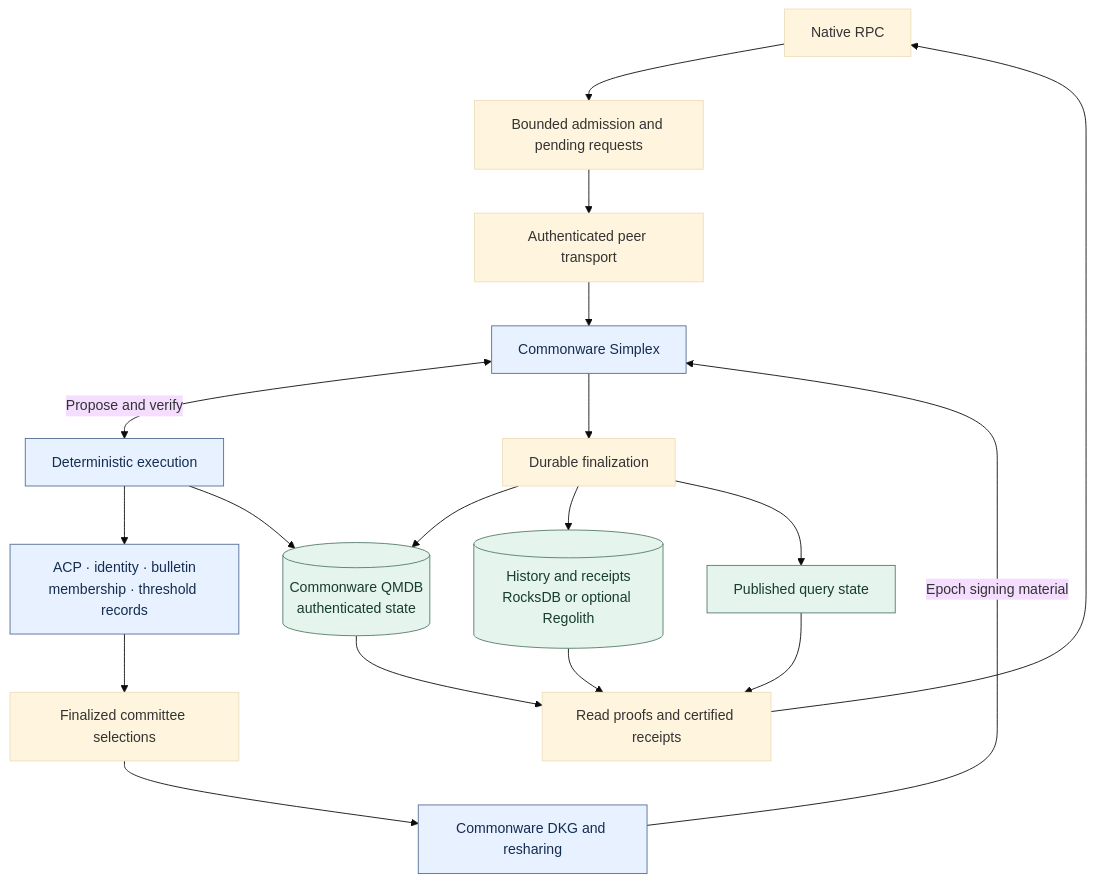
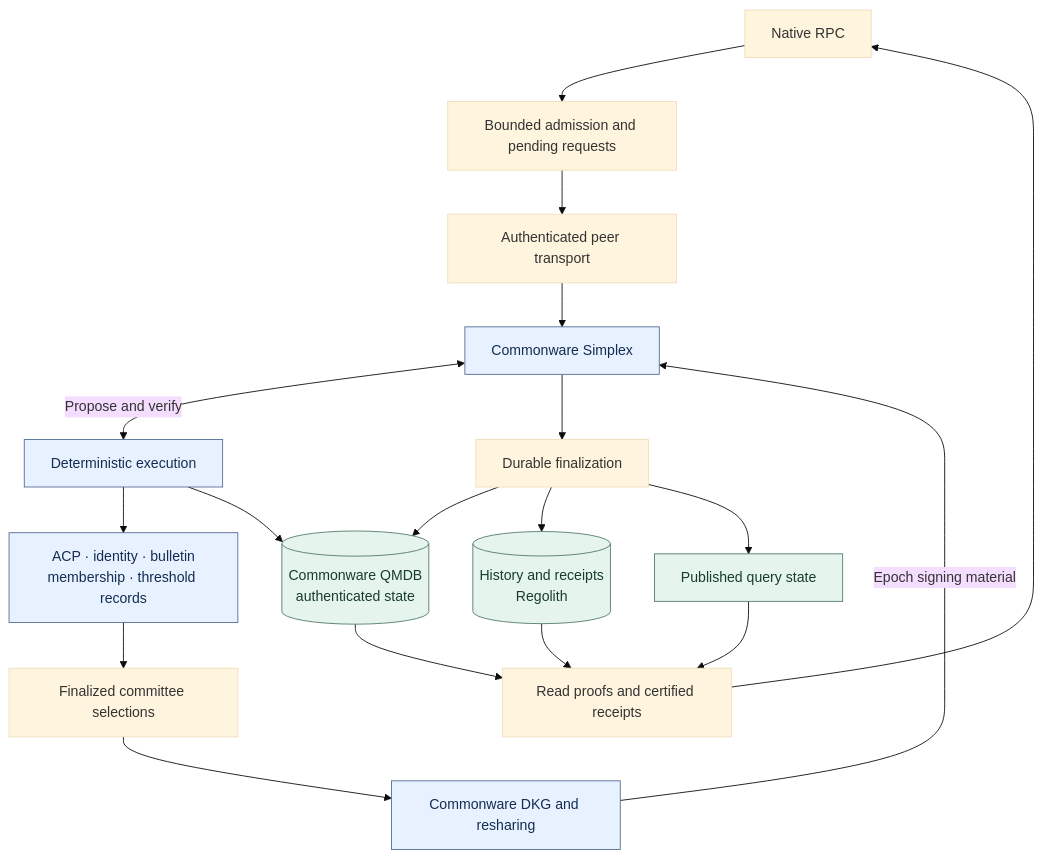
The second of 6 diagrams in docs/architecture.md (sourcenetwork/vera.rs), drawn with Mermaid (base theme) before and after one commit. The commit also changed other lines of this file and 21 other files, not shown here.

Commit message:
Use Regolith for finalized history in every build (#208)

````diff
--- a/docs/architecture.md
+++ b/docs/architecture.md
@@ -60,24 +60,24 @@
 ```mermaid
 flowchart TB
     RPC[Native RPC] --> Admission[Bounded admission and pending requests]
     Admission --> Gossip[Authenticated peer transport]
     Gossip --> Consensus[Commonware Simplex]
     Consensus <-->|Propose and verify| Execute[Deterministic execution]
     Execute --> Modules[ACP · identity · bulletin<br/>membership · threshold records]
     Execute --> QMDB[(Commonware QMDB<br/>authenticated state)]
     Consensus --> Finalize[Durable finalization]
     Finalize --> QMDB
-    Finalize --> History[(History and receipts<br/>RocksDB or optional Regolith)]
+    Finalize --> History[(History and receipts<br/>Regolith)]
     Finalize --> Views[Published query state]
     Views --> Evidence[Read proofs and certified receipts]
     QMDB --> Evidence
     History --> Evidence
     Evidence --> RPC
     Membership[Finalized committee selections] --> DKG[Commonware DKG and resharing]
     DKG -->|Epoch signing material| Consensus
     Modules --> Membership
     classDef service fill:#e8f1ff,stroke:#526c94,color:#142d50
     classDef storage fill:#e6f4ee,stroke:#527a68,color:#173d2c
     class Consensus,Execute,DKG,Modules service
     class QMDB,History,Views storage
 ```
````
